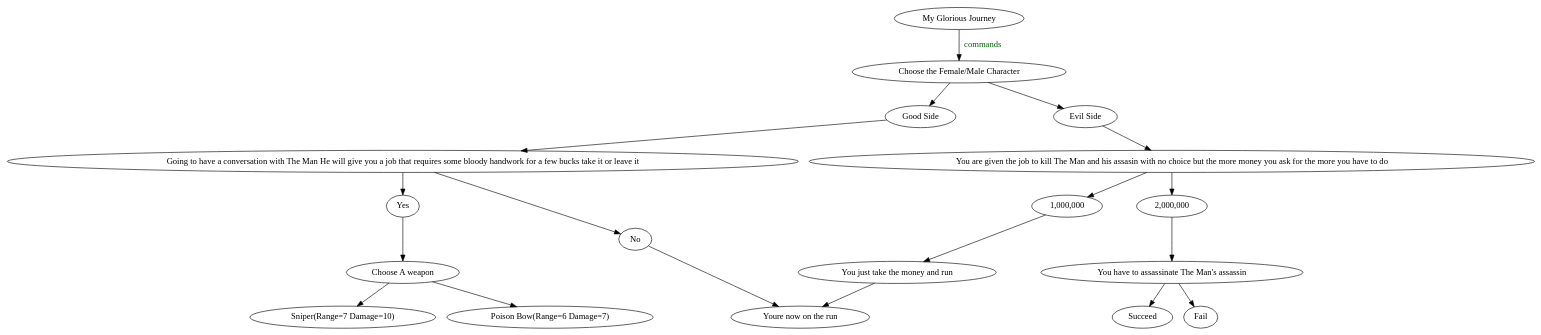
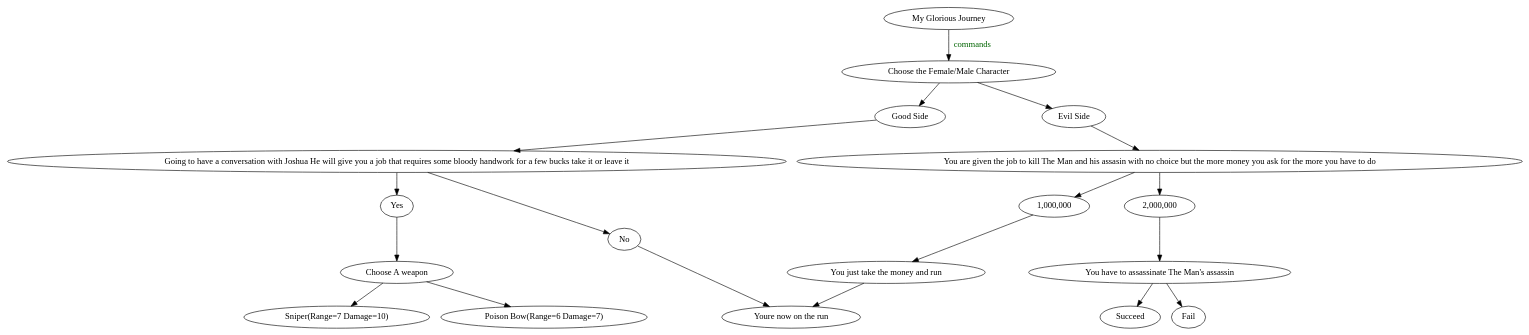
The diagram in NashGame.dot (TexasTiger32/Nash_3_journals), drawn with Graphviz before and after one commit. The commit also changed 1 other file, not shown here.

```diff
--- a/NashGame.dot
+++ b/NashGame.dot
@@ -1,43 +1,43 @@
 Digraph smiple_map {
 
 A[label="My Glorious Journey"]           // node B
 B[label="Choose the Female/Male Character"]         // node E
 C[label="Good Side"]
 D[label="Evil Side"]
-E[label="Going to have a conversation with The Man He will give you a job that requires some bloody handwork for a few bucks take it or leave it"]
+E[label="Going to have a conversation with Joshua He will give you a job that requires some bloody handwork for a few bucks take it or leave it"]
 F[label="You are given the job to kill The Man and his assasin with no choice but the more money you ask for the more you have to do"]
 G[label="Yes"]
 I[label="No"]
 H[label="1,000,000"]
 J[label="2,000,000"]
 T[label="Choose A weapon"]
 Y[label="Youre now on the run "]
 O[label="You have to assassinate The Man's assassin"]
 P[label="Succeed"]
 R[label="Fail"]
 Q[label="Sniper(Range=7 Damage=10)"]
 W[label="Poison Bow(Range=6 Damage=7)"]
 M[label="You just take the money and run"]
 
 
 
 
 A->B [label="commands", fontcolor=darkgreen ]
 B -> C
 B -> D
 C -> E
 D -> F
 E -> G
 E -> I
 F -> H
 F-> J
 G -> T
 I -> Y
 J -> O
 O -> P
 O -> R
 T -> Q
 T -> W
 M -> Y
 H -> M
 }
```
